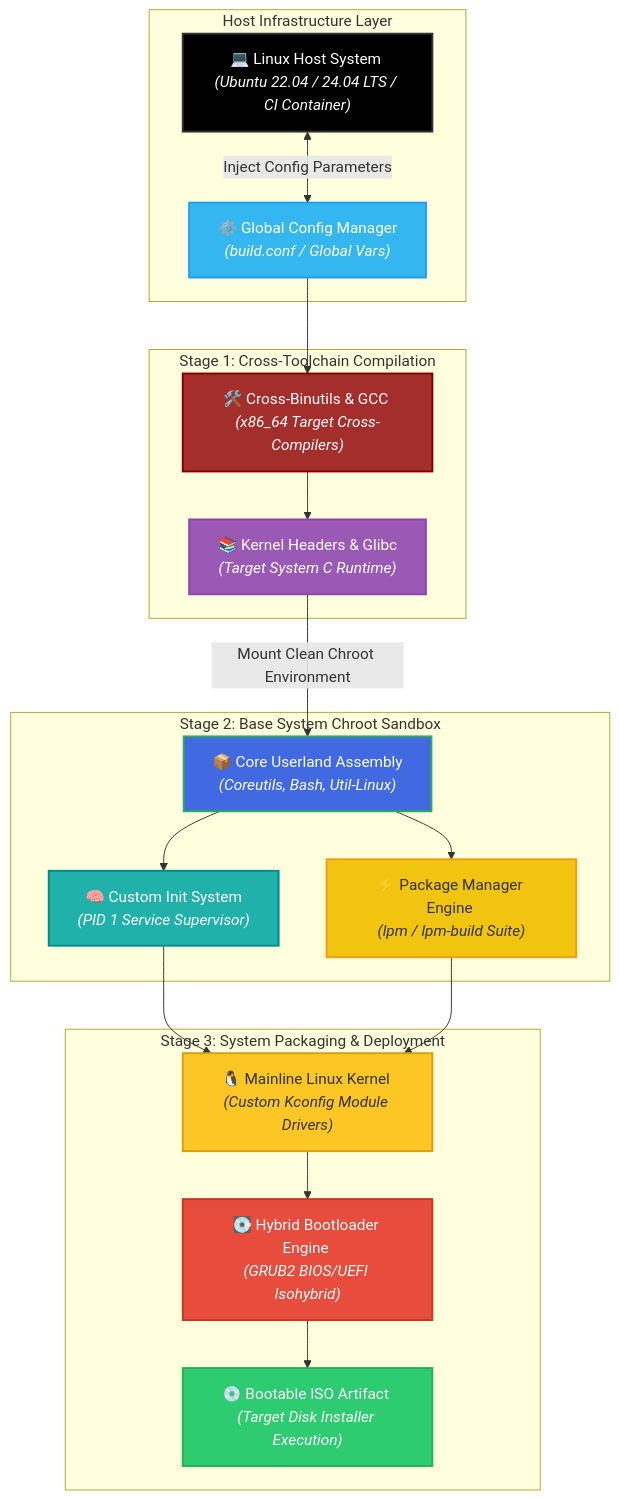
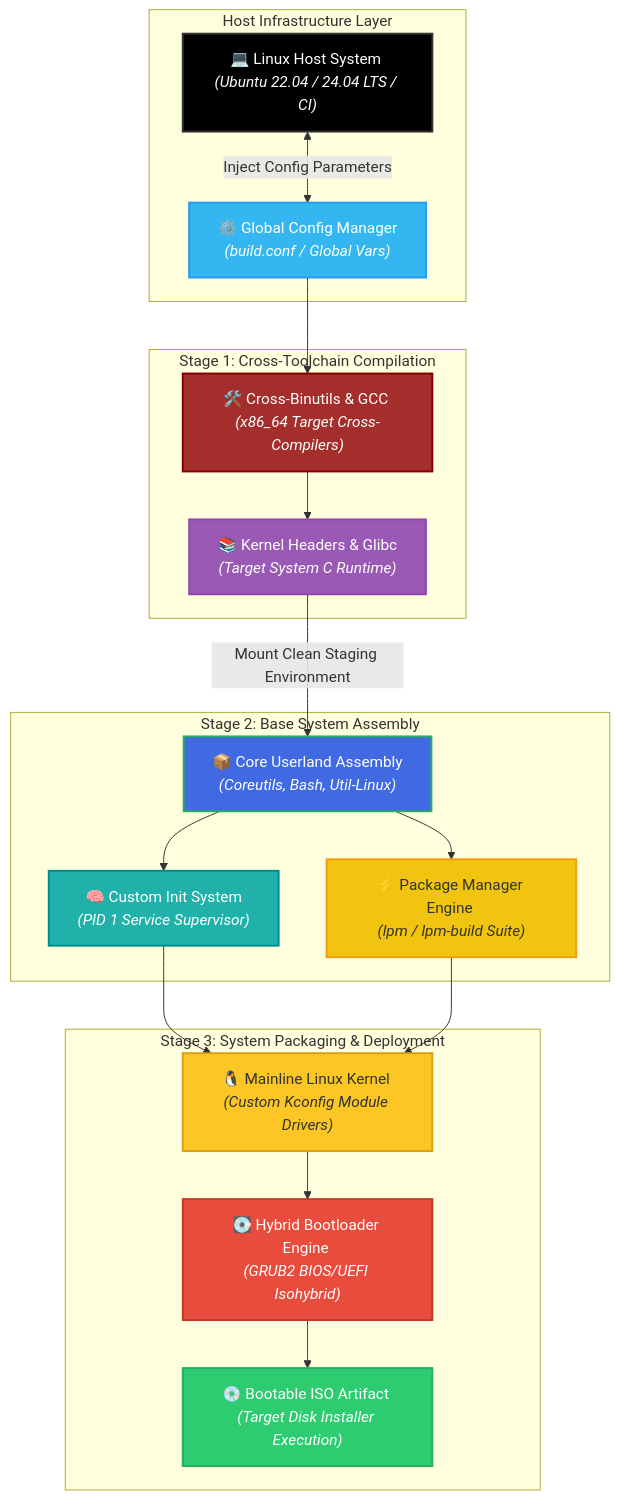
Before and after one commit to shreeharsh-patil/ShreeOS: the first of 2 diagrams in README.md, drawn with Mermaid. The commit also changed other lines of this file and 31 other files, not shown here.

````diff
--- a/README.md
+++ b/README.md
@@ -35,44 +35,44 @@
 ```mermaid
 graph TD
     subgraph Host Infrastructure Layer
-        A["💻 Linux Host System <br><i>(Ubuntu 22.04 / 24.04 LTS / CI Container)</i>"]
+        A["💻 Linux Host System <br><i>(Ubuntu 22.04 / 24.04 LTS / CI)</i>"]
         B["⚙️ Global Config Manager <br><i>(build.conf / Global Vars)</i>"]
     end
 
     subgraph Stage 1: Cross-Toolchain Compilation
         C["🛠️ Cross-Binutils & GCC <br><i>(x86_64 Target Cross-Compilers)</i>"]
         D["📚 Kernel Headers & Glibc <br><i>(Target System C Runtime)</i>"]
     end
 
-    subgraph Stage 2: Base System Chroot Sandbox
+    subgraph Stage 2: Base System Assembly
         E["📦 Core Userland Assembly <br><i>(Coreutils, Bash, Util-Linux)</i>"]
         F["🧠 Custom Init System <br><i>(PID 1 Service Supervisor)</i>"]
         G["⚡ Package Manager Engine <br><i>(lpm / lpm-build Suite)</i>"]
     end
 
     subgraph Stage 3: System Packaging & Deployment
         H["🐧 Mainline Linux Kernel <br><i>(Custom Kconfig Module Drivers)</i>"]
         I["💽 Hybrid Bootloader Engine <br><i>(GRUB2 BIOS/UEFI Isohybrid)</i>"]
         J["💿 Bootable ISO Artifact <br><i>(Target Disk Installer Execution)</i>"]
     end
 
     A <-->|Inject Config Parameters| B
     B --> C
     C --> D
-    D -->|Mount Clean Chroot Environment| E
+    D -->|Mount Clean Staging Environment| E
     E --> F & G
     F & G --> H
     H --> I
     I --> J
 
     style A fill:#000000,stroke:#333,stroke-width:2px,color:#fff
     style B fill:#34B7F1,stroke:#209CEE,stroke-width:2px,color:#fff
     style C fill:#A42E2B,stroke:#800000,stroke-width:2px,color:#fff
     style D fill:#9b59b6,stroke:#8e44ad,stroke-width:2px,color:#fff
     style E fill:#4169E1,stroke:#27ae60,stroke-width:2px,color:#fff
     style F fill:#20B2AA,stroke:#008b8b,stroke-width:2px,color:#fff
     style G fill:#f1c40f,stroke:#f39c12,stroke-width:2px,color:#333
     style H fill:#FCC624,stroke:#d4a017,stroke-width:2px,color:#333
     style I fill:#e74c3c,stroke:#c0392b,stroke-width:2px,color:#fff
     style J fill:#2ecc71,stroke:#27ae60,stroke-width:2px,color:#fff
 ```
````
